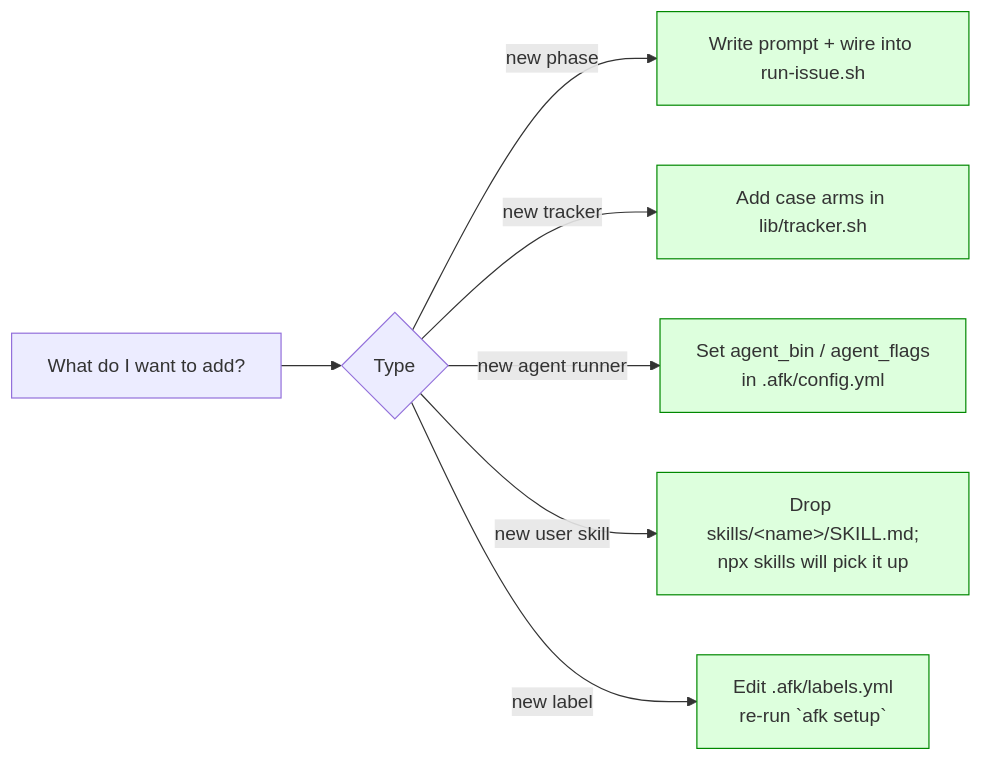
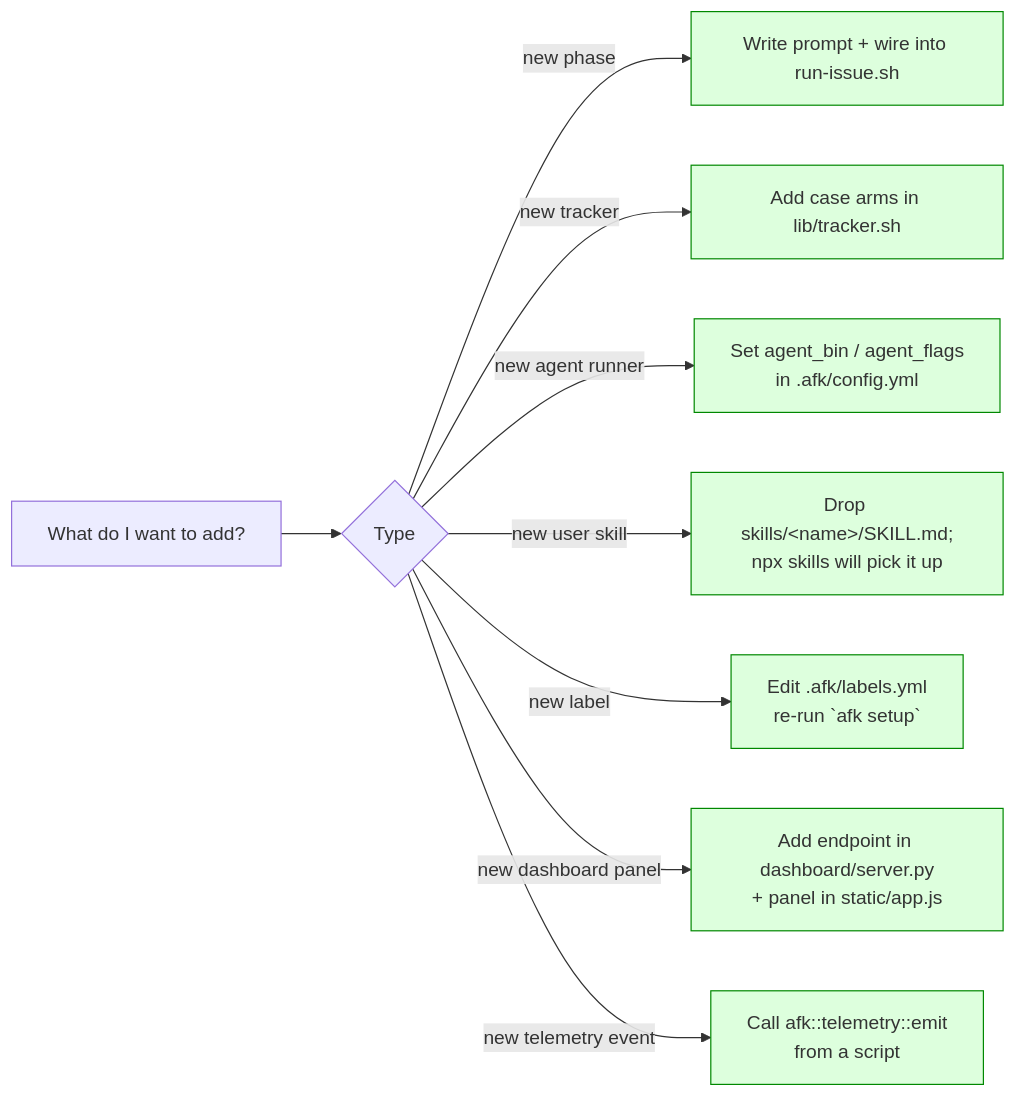
The first of 3 diagrams in docs/EXTENDING.md (Mo-Tamim/afk-agent), drawn with Mermaid before and after one commit. The commit also changed other lines of this file and 14 other files, not shown here.

First line of the commit message:
docs: align prompts/.md with dashboard + telemetry, enrich with mermaid

````diff
--- a/docs/EXTENDING.md
+++ b/docs/EXTENDING.md
@@ -7,11 +7,13 @@
 ```mermaid
 flowchart LR
   classDef new fill:#dfd,stroke:#080;
 
   Q[What do I want to add?] --> P{Type}
   P -->|new phase| Phase[Write prompt + wire into run-issue.sh]:::new
   P -->|new tracker| Track[Add case arms in lib/tracker.sh]:::new
   P -->|new agent runner| Run[Set agent_bin / agent_flags<br/>in .afk/config.yml]:::new
   P -->|new user skill| Skill[Drop skills/&lt;name&gt;/SKILL.md;<br/>npx skills will pick it up]:::new
   P -->|new label| Lbl[Edit .afk/labels.yml<br/>re-run `afk setup`]:::new
+  P -->|new dashboard panel| Dash[Add endpoint in dashboard/server.py<br/>+ panel in static/app.js]:::new
+  P -->|new telemetry event| Tel[Call afk::telemetry::emit<br/>from a script]:::new
 ```
````
